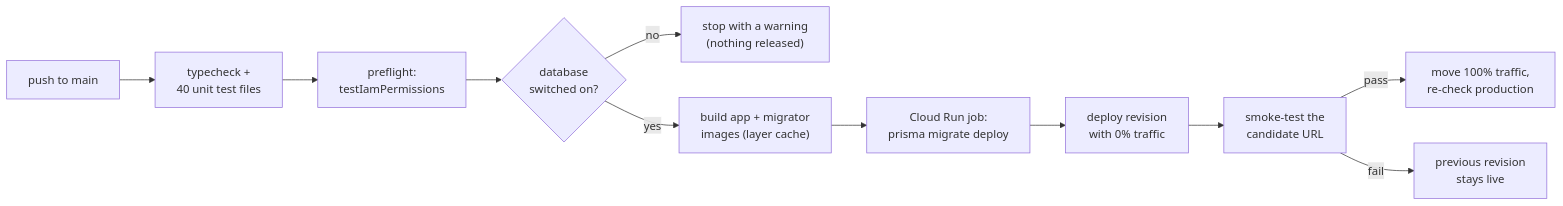
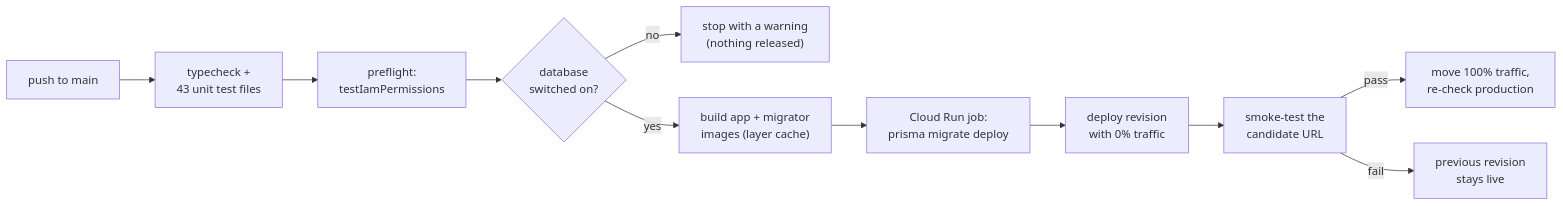
One commit to baldan555/gatherinsight-platform changed the second of 2 diagrams in README.md. Above: the diagram before and after it, drawn with Mermaid. The commit also changed 1 other file, not shown here.

Commit message:
Mirror: account, public submit and export tests added to the app's unit tests

````diff
--- a/README.md
+++ b/README.md
@@ -64,13 +64,13 @@
 ```mermaid
 flowchart LR
-  push["push to main"] --> verify["typecheck +<br/>40 unit test files"]
+  push["push to main"] --> verify["typecheck +<br/>43 unit test files"]
   verify --> pre["preflight:<br/>testIamPermissions"]
   pre --> db{"database<br/>switched on?"}
   db -->|no| skip["stop with a warning<br/>(nothing released)"]
   db -->|yes| build["build app + migrator<br/>images (layer cache)"]
   build --> mig["Cloud Run job:<br/>prisma migrate deploy"]
   mig --> cand["deploy revision<br/>with 0% traffic"]
   cand --> smoke["smoke-test the<br/>candidate URL"]
   smoke -->|pass| promote["move 100% traffic,<br/>re-check production"]
   smoke -->|fail| keep["previous revision<br/>stays live"]
 ```
````
